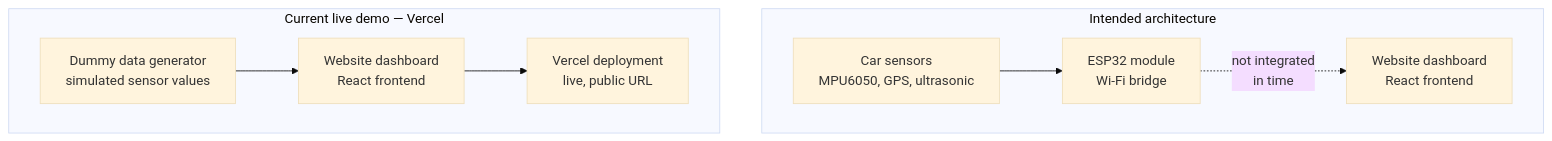
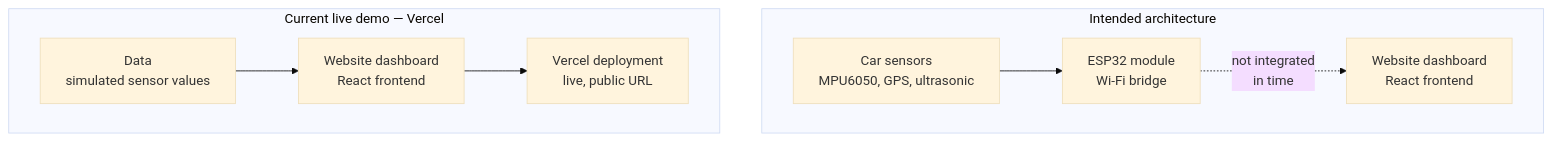
One commit to rbr-oxford/KrishiPath changed the diagram in README.md. Above: the diagram before and after it, drawn with Mermaid (base theme).

Commit message:
Update data description in README

````diff
--- a/README.md
+++ b/README.md
@@ -27,14 +27,14 @@
 ```mermaid
 flowchart TD
     subgraph intended["Intended architecture"]
         direction LR
         S["Car sensors<br/>MPU6050, GPS, ultrasonic"] --> E["ESP32 module<br/>Wi-Fi bridge"]
         E -.->|"not integrated<br/>in time"| W1["Website dashboard<br/>React frontend"]
     end
 
     subgraph live["Current live demo — Vercel"]
         direction LR
-        D["Dummy data generator<br/>simulated sensor values"] --> W2["Website dashboard<br/>React frontend"]
+        D["Data<br/>simulated sensor values"] --> W2["Website dashboard<br/>React frontend"]
         W2 --> V["Vercel deployment<br/>live, public URL"]
     end
 ```
````
